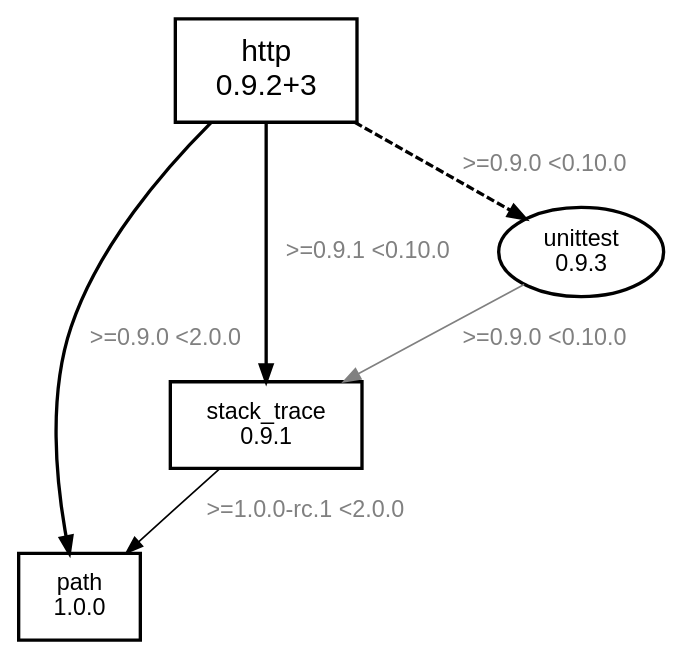
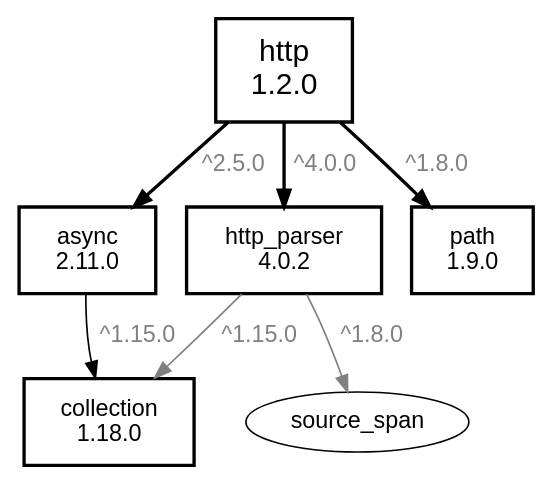
Before and after one commit to kevmoo/pubviz: the diagram in README.md, drawn with Graphviz. The commit also changed other lines of this file and 10 other files, not shown here.

````diff
--- a/README.md
+++ b/README.md
@@ -53,23 +53,27 @@
 ```dot
 digraph G {
   node [fontname=Helvetica];
   edge [fontname=Helvetica, fontcolor=gray];
 
   http [label="http
-0.9.2+3",fontsize=18,style=bold,shape=box,margin="0.25,0.15"];
-  http -> path [label=">=0.9.0 <2.0.0",penwidth=2];
-  http -> stack_trace [label=">=0.9.1 <0.10.0",penwidth=2];
-  http -> unittest [label=">=0.9.0 <0.10.0",penwidth=2,style=dashed];
+1.2.0",fontsize=18,style=bold,shape=box,margin="0.25,0.15"];
+  http -> async [label="^2.5.0",penwidth=2];
+  http -> http_parser [label="^4.0.0",penwidth=2];
+  http -> path [label="^1.8.0",penwidth=2];
+
+  async [label="async
+2.11.0",shape=box,margin="0.25,0.15",style=bold];
+  async -> collection [label="^1.15.0"];
+
+  collection [label="collection
+1.18.0",shape=box,margin="0.25,0.15",style=bold];
+
+  http_parser [label="http_parser
+4.0.2",shape=box,margin="0.25,0.15",style=bold];
+  http_parser -> collection [label="^1.15.0",color=gray];
+  http_parser -> source_span [label="^1.8.0",color=gray];
 
   path [label="path
-1.0.0",shape=box,margin="0.25,0.15",style=bold];
-
-  stack_trace [label="stack_trace
-0.9.1",shape=box,margin="0.25,0.15",style=bold];
-  stack_trace -> path [label=">=1.0.0-rc.1 <2.0.0"];
-
-  unittest [label="unittest
-0.9.3",style=bold];
-  unittest -> stack_trace [label=">=0.9.0 <0.10.0",color=gray];
+1.9.0",shape=box,margin="0.25,0.15",style=bold];
 }
 ```
````
